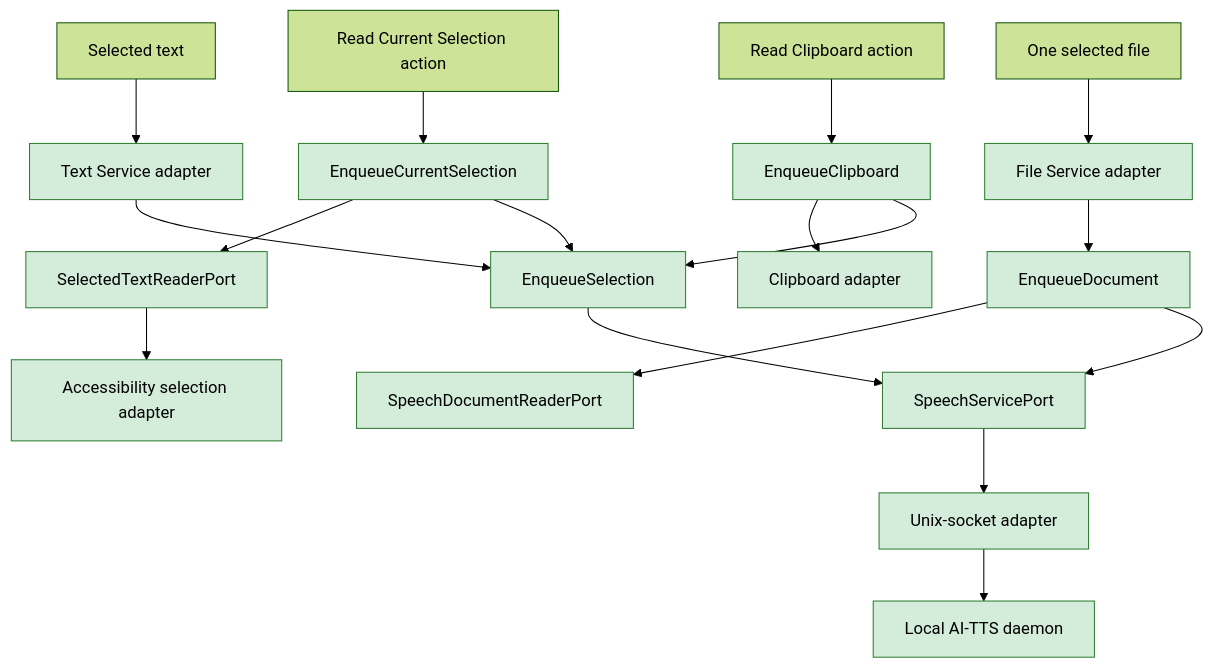
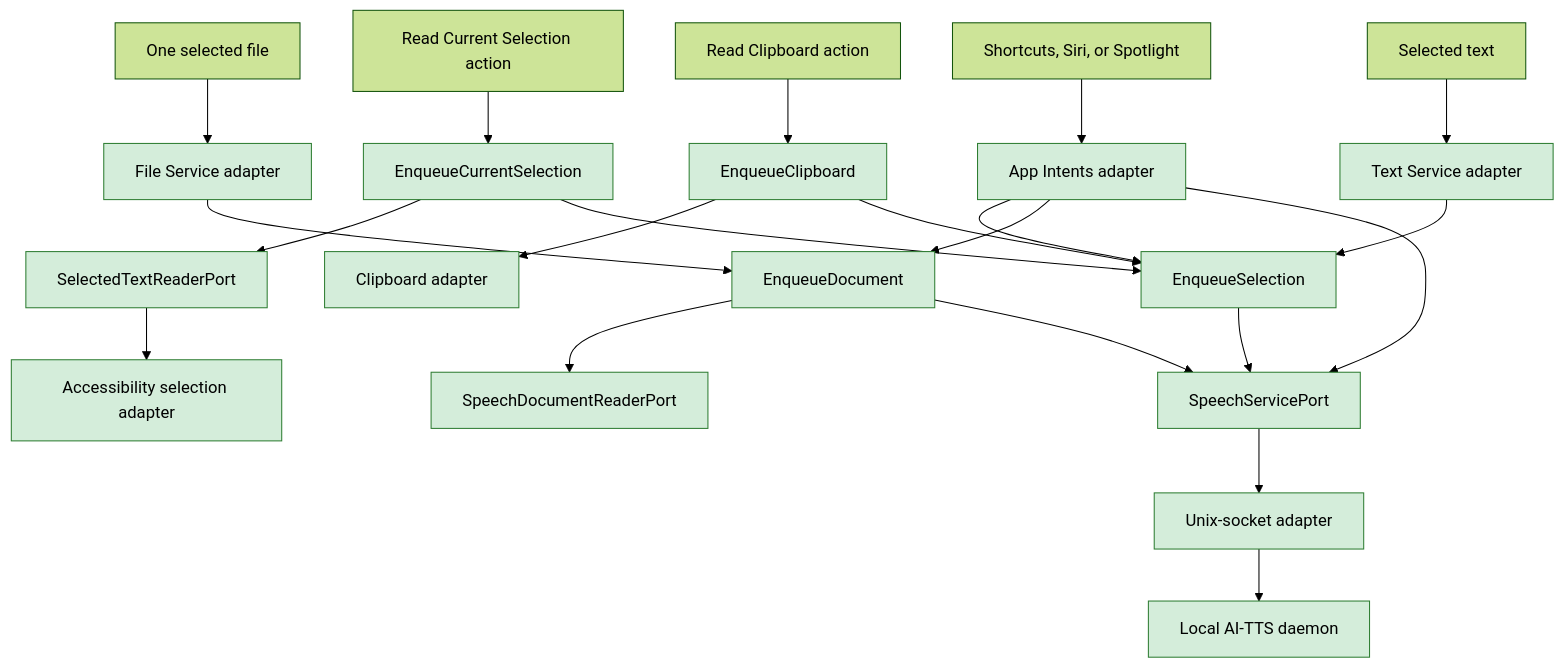
Before and after one commit to flyingrobots/AI-TTS: the diagram in docs/design/os-integration.md, drawn with Mermaid (forest theme). The commit also changed other lines of this file and 11 other files, not shown here.

First line of the commit message:
feat(macos): add system automation intents

````diff
--- a/docs/design/os-integration.md
+++ b/docs/design/os-integration.md
@@ -119,39 +119,44 @@
 ```mermaid
 flowchart TD
     TEXT["Selected text"] --> TEXTSERVICE["Text Service adapter"]
     MENU["Read Current Selection action"]
     AX["Accessibility selection adapter"]
     CLIPBOARD["Read Clipboard action"]
     CLIPBOARDADAPTER["Clipboard adapter"]
     FILE["One selected file"] --> FILESERVICE["File Service adapter"]
+    AUTOMATION["Shortcuts, Siri, or Spotlight"] --> INTENTS["App Intents adapter"]
 
     TEXTSERVICE --> SELECTION["EnqueueSelection"]
     MENU --> CURRENTUSE["EnqueueCurrentSelection"]
     CURRENTUSE --> SELECTEDPORT["SelectedTextReaderPort"]
     SELECTEDPORT --> AX
     CURRENTUSE --> SELECTION
     CLIPBOARD --> CLIPUSE["EnqueueClipboard"]
     CLIPUSE --> CLIPBOARDADAPTER
     CLIPUSE --> SELECTION
     FILESERVICE --> DOCUMENT["EnqueueDocument"]
     DOCUMENT --> READER["SpeechDocumentReaderPort"]
+    INTENTS --> SELECTION
+    INTENTS --> DOCUMENT
+    INTENTS --> SPEECH
 
     SELECTION --> SPEECH["SpeechServicePort"]
     DOCUMENT --> SPEECH
     SPEECH --> SOCKET["Unix-socket adapter"]
     SOCKET --> DAEMON["Local AI-TTS daemon"]
 
     style DOCUMENT fill:#d4edda,stroke:#2e7d32
     style READER fill:#d4edda,stroke:#2e7d32
     style SPEECH fill:#d4edda,stroke:#2e7d32
     style SOCKET fill:#d4edda,stroke:#2e7d32
     style DAEMON fill:#d4edda,stroke:#2e7d32
     style TEXTSERVICE fill:#d4edda,stroke:#2e7d32
     style AX fill:#d4edda,stroke:#2e7d32
     style CLIPBOARDADAPTER fill:#d4edda,stroke:#2e7d32
     style FILESERVICE fill:#d4edda,stroke:#2e7d32
     style SELECTION fill:#d4edda,stroke:#2e7d32
     style SELECTEDPORT fill:#d4edda,stroke:#2e7d32
     style CURRENTUSE fill:#d4edda,stroke:#2e7d32
     style CLIPUSE fill:#d4edda,stroke:#2e7d32
+    style INTENTS fill:#d4edda,stroke:#2e7d32
 ```
````
